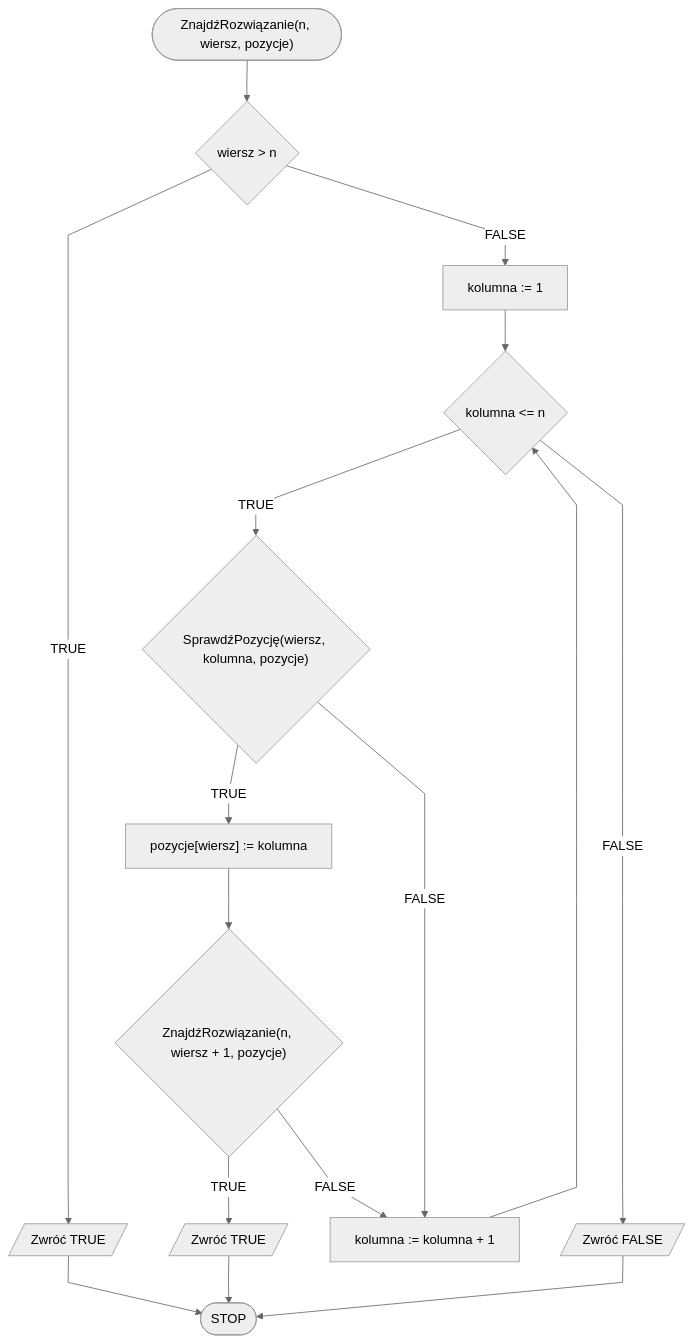
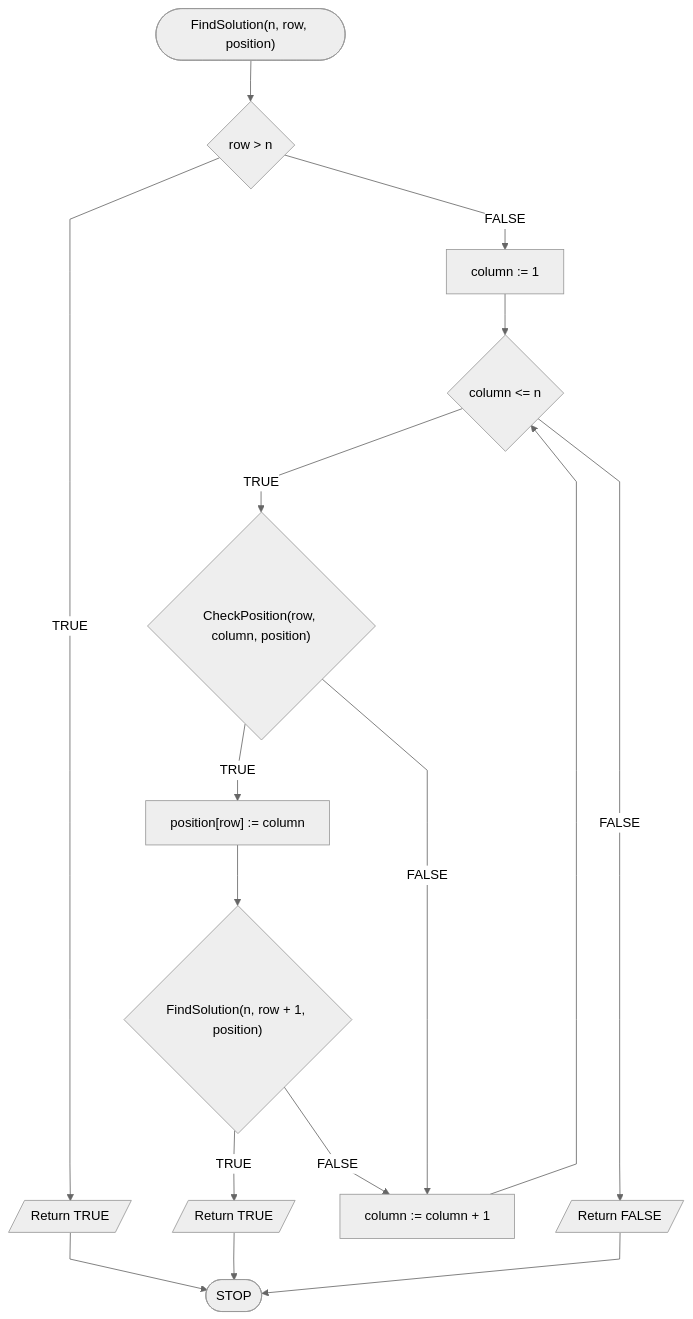
One commit to blackbat13/edu-cs-htiew-en changed the second of 2 diagrams in docs/algorithms/backtracking/n-queens.md. Above: the diagram before and after it, drawn with Mermaid. The commit also changed other lines of this file and 8 other files, not shown here.

````diff
--- a/docs/algorithms/backtracking/n-queens.md
+++ b/docs/algorithms/backtracking/n-queens.md
@@ -103,19 +103,19 @@
 ```mermaid
 %%{init: {"flowchart": {"curve": "linear"}, "theme": "neutral"} }%%
 flowchart TD
-    START(["ZnajdźRozwiązanie(n, wiersz, pozycje)"]) --> K1{wiersz > n}
-    K1 -- TRUE --> K2[/Zwróć TRUE/]
+    START(["FindSolution(n, row, position)"]) --> K1{row > n}
+    K1 -- TRUE --> K2[/Return TRUE/]
     K2 --> STOP([STOP])
-    K1 -- FALSE --> K3p[kolumna := 1]
-    K3p --> K3{kolumna <= n}
-    K3 -- TRUE --> K4{"SprawdźPozycję(wiersz, kolumna, pozycje)"}
-    K4 -- TRUE --> K5["pozycje[wiersz] := kolumna"]
-    K5 --> K6{"ZnajdźRozwiązanie(n, wiersz + 1, pozycje)"}
-    K6 -- TRUE --> K7[/Zwróć TRUE/]
+    K1 -- FALSE --> K3p[column := 1]
+    K3p --> K3{column <= n}
+    K3 -- TRUE --> K4{"CheckPosition(row, column, position)"}
+    K4 -- TRUE --> K5["position[row] := column"]
+    K5 --> K6{"FindSolution(n, row + 1, position)"}
+    K6 -- TRUE --> K7[/Return TRUE/]
     K7 --> STOP
-    K6 -- FALSE --> K3i[kolumna := kolumna + 1]
+    K6 -- FALSE --> K3i[column := column + 1]
     K4 -- FALSE --> K3i
     K3i --> K3
-    K3 -- FALSE --> K8[/Zwróć FALSE/]
+    K3 -- FALSE --> K8[/Return FALSE/]
     K8 --> STOP
 ```
````
